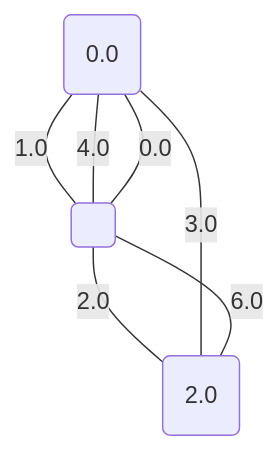
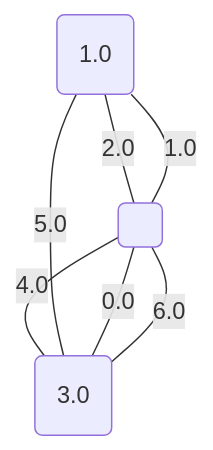
The third of 5 diagrams in project/src/testing/minCut.md (metury/graphs), drawn with Mermaid before and after one commit. The commit also changed other lines of this file and 50 other files, not shown here.

````diff
--- a/project/src/testing/minCut.md
+++ b/project/src/testing/minCut.md
@@ -49,12 +49,12 @@
 ```mermaid
 graph TD;
-0("0.0");
-1("2.0");
+0("1.0");
+1("3.0");
 2(" ");
-	2 -- "0.0" --- 0;
-	0 -- "1.0" --- 2;
-	2 -- "2.0" --- 1;
-	0 -- "3.0" --- 1;
-	0 -- "4.0" --- 2;
-	2 -- "6.0" --- 1;
+	1 -- "0.0" --- 2;
+	2 -- "1.0" --- 0;
+	0 -- "2.0" --- 2;
+	2 -- "4.0" --- 1;
+	0 -- "5.0" --- 1;
+	1 -- "6.0" --- 2;
 ```
````
